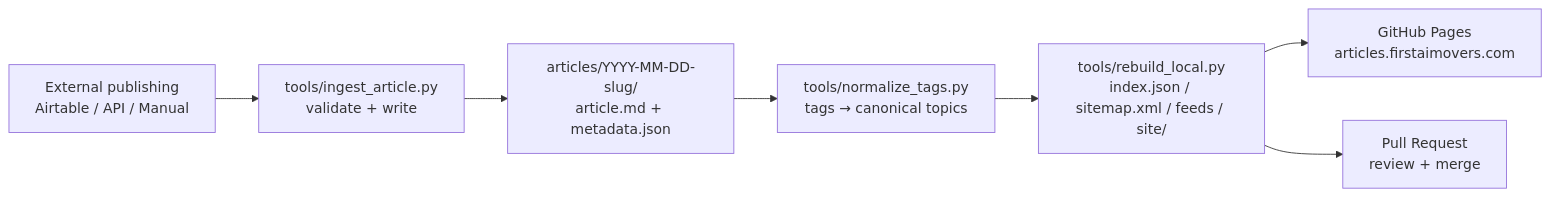
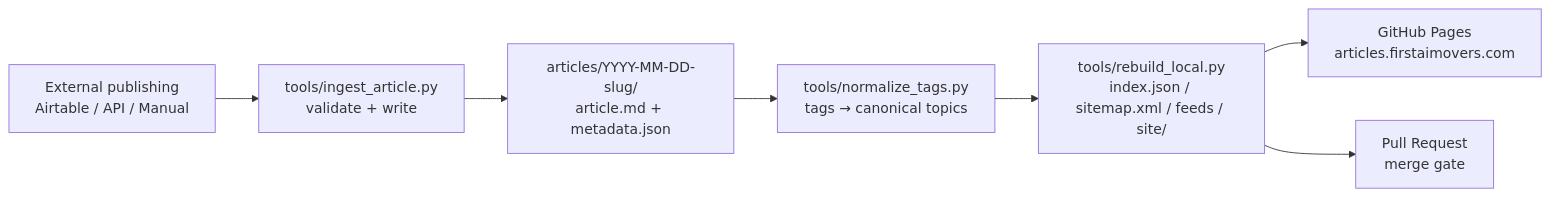
Before and after one commit to First-AI-Movers/articles: the diagram in README.md, drawn with Mermaid. The commit also changed other lines of this file and 3 other files, not shown here.

````diff
--- a/README.md
+++ b/README.md
@@ -169,9 +169,9 @@
 ```mermaid
 flowchart LR
     A[External publishing<br/>Airtable / API / Manual] --> B["tools/ingest_article.py<br/>validate + write"]
     B --> C["articles/YYYY-MM-DD-slug/<br/>article.md + metadata.json"]
     C --> D["tools/normalize_tags.py<br/>tags → canonical topics"]
     D --> E["tools/rebuild_local.py<br/>index.json / sitemap.xml / feeds / site/"]
     E --> F["GitHub Pages<br/>articles.firstaimovers.com"]
-    E --> G["Pull Request<br/>review + merge"]
+    E --> G["Pull Request<br/>merge gate"]
 ```
````
